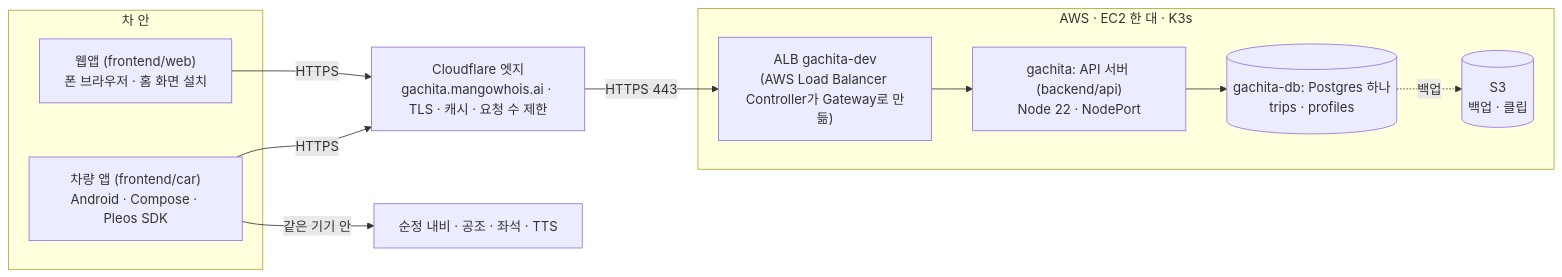
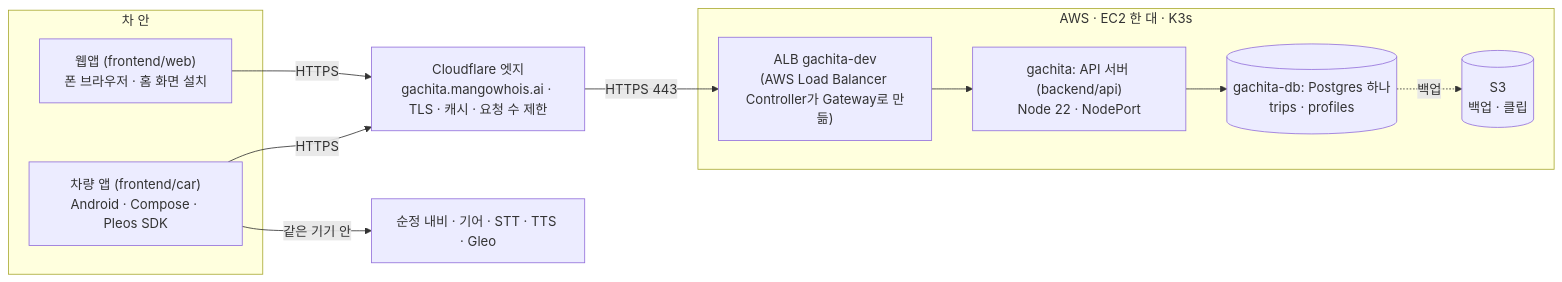
One commit to team-pitcrew/gachita changed the diagram in docs/architecture.md. Above: the diagram before and after it, drawn with Mermaid. The commit also changed other lines of this file and 3 other files, not shown here.

````diff
--- a/docs/architecture.md
+++ b/docs/architecture.md
@@ -27,20 +28,20 @@
 ```mermaid
 flowchart LR
   subgraph 차 안
     Car["차량 앱 (frontend/car)\nAndroid · Compose · Pleos SDK"]
     Phone["웹앱 (frontend/web)\n폰 브라우저 · 홈 화면 설치"]
   end
   CF["Cloudflare 엣지\ngachita.mangowhois.ai · TLS · 캐시 · 요청 수 제한"]
   subgraph AWS["AWS · EC2 한 대 · K3s"]
     ALB["ALB gachita-dev\n(AWS Load Balancer Controller가 Gateway로 만듦)"]
     API["gachita: API 서버 (backend/api)\nNode 22 · NodePort"]
     PG[("gachita-db: Postgres 하나\ntrips · profiles")]
     S3[("S3\n백업 · 클립")]
   end
   Car -->|HTTPS| CF
   Phone -->|HTTPS| CF
   CF -->|HTTPS 443| ALB --> API
   API --> PG
   PG -.->|백업| S3
-  Car -->|같은 기기 안| Pleos["순정 내비 · 공조 · 좌석 · TTS"]
+  Car -->|같은 기기 안| Pleos["순정 내비 · 기어 · STT · TTS · Gleo"]
 ```
````
